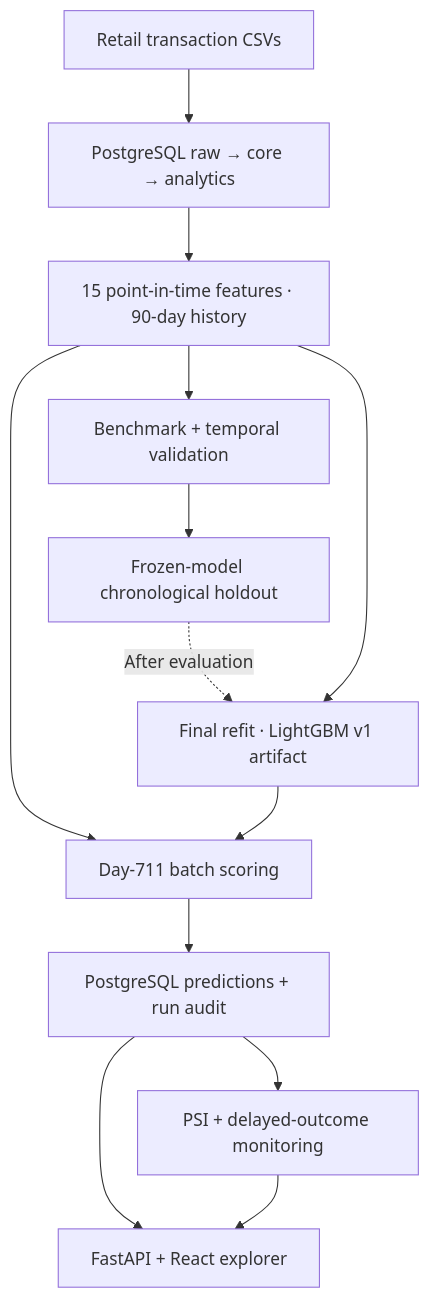
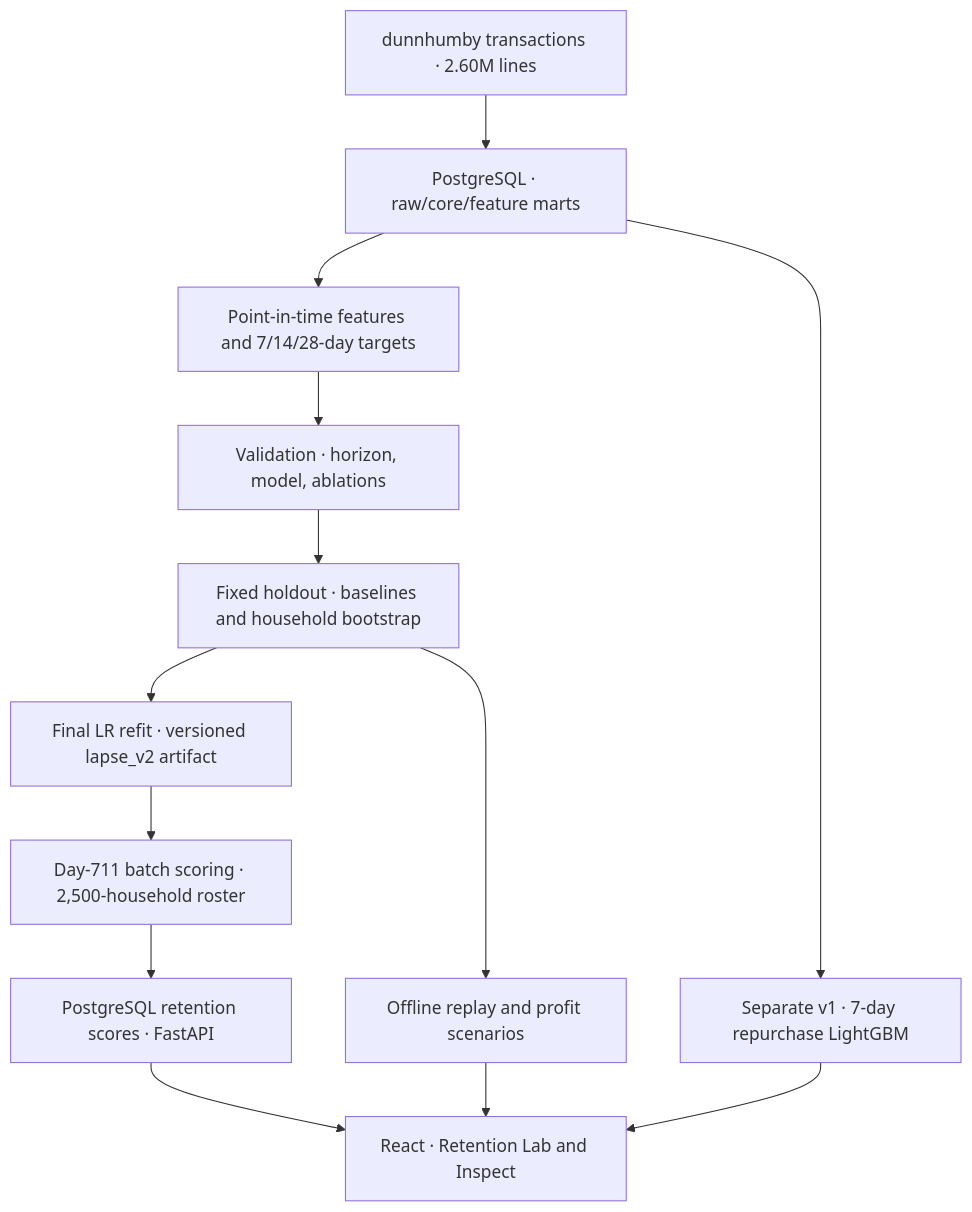
One commit to dorsakh/retail-customer-analytics changed the diagram in README.md. Above: the diagram before and after it, drawn with Mermaid. The commit also changed other lines of this file and 38 other files, not shown here.

````diff
--- a/README.md
+++ b/README.md
@@ -33,15 +52,15 @@
 ```mermaid
 flowchart TD
-    A["Retail transaction CSVs"] --> B["PostgreSQL raw → core → analytics"]
-    B --> C["15 point-in-time features · 90-day history"]
-    C --> D["Benchmark + temporal validation"]
-    D --> E["Frozen-model chronological holdout"]
-    E -. "After evaluation" .-> F["Final refit · LightGBM v1 artifact"]
-    C --> F
-    C --> G["Day-711 batch scoring"]
-    F --> G
-    G --> H["PostgreSQL predictions + run audit"]
-    H --> I["FastAPI + React explorer"]
-    H --> J["PSI + delayed-outcome monitoring"]
+    A["dunnhumby transactions · 2.60M lines"] --> B["PostgreSQL · raw/core/feature marts"]
+    B --> C["Point-in-time features and 7/14/28-day targets"]
+    C --> D["Validation · horizon, model, ablations"]
+    D --> E["Fixed holdout · baselines and household bootstrap"]
+    E --> F["Final LR refit · versioned lapse_v2 artifact"]
+    F --> G["Day-711 batch scoring · 2,500-household roster"]
+    G --> H["PostgreSQL retention scores · FastAPI"]
+    H --> I["React · Retention Lab and Inspect"]
+    E --> J["Offline replay and profit scenarios"]
     J --> I
+    B --> K["Separate v1 · 7-day repurchase LightGBM"]
+    K --> I
 ```
````
